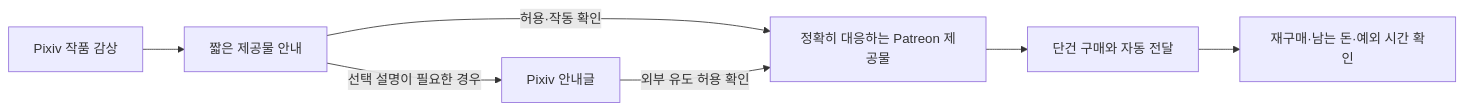
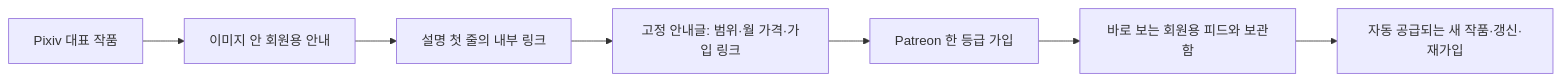
Before and after one commit to harisbaguette/Business-Strategy: the diagram in 전략서/페티쉬 이미지 생성기/전략서.md, drawn with Mermaid. The commit also changed other lines of this file and 5 other files, not shown here.

````diff
--- a/전략서/페티쉬 이미지 생성기/전략서.md
+++ b/전략서/페티쉬 이미지 생성기/전략서.md
@@ -204,9 +187,9 @@
 ```mermaid
 flowchart LR
-    A[Pixiv 작품 감상] --> B[짧은 제공물 안내]
-    B -->|허용·작동 확인| C[정확히 대응하는 Patreon 제공물]
-    B -->|선택 설명이 필요한 경우| H[Pixiv 안내글]
-    H -->|외부 유도 허용 확인| C
-    C --> D[단건 구매와 자동 전달]
-    D --> E[재구매·남는 돈·예외 시간 확인]
+    A[Pixiv 대표 작품] --> B[이미지 안 회원용 안내]
+    B --> C[설명 첫 줄의 내부 링크]
+    C --> D[고정 안내글: 범위·월 가격·가입 링크]
+    D --> E[Patreon 한 등급 가입]
+    E --> F[바로 보는 회원용 피드와 보관함]
+    F --> G[자동 공급되는 새 작품·갱신·재가입]
 ```
````
